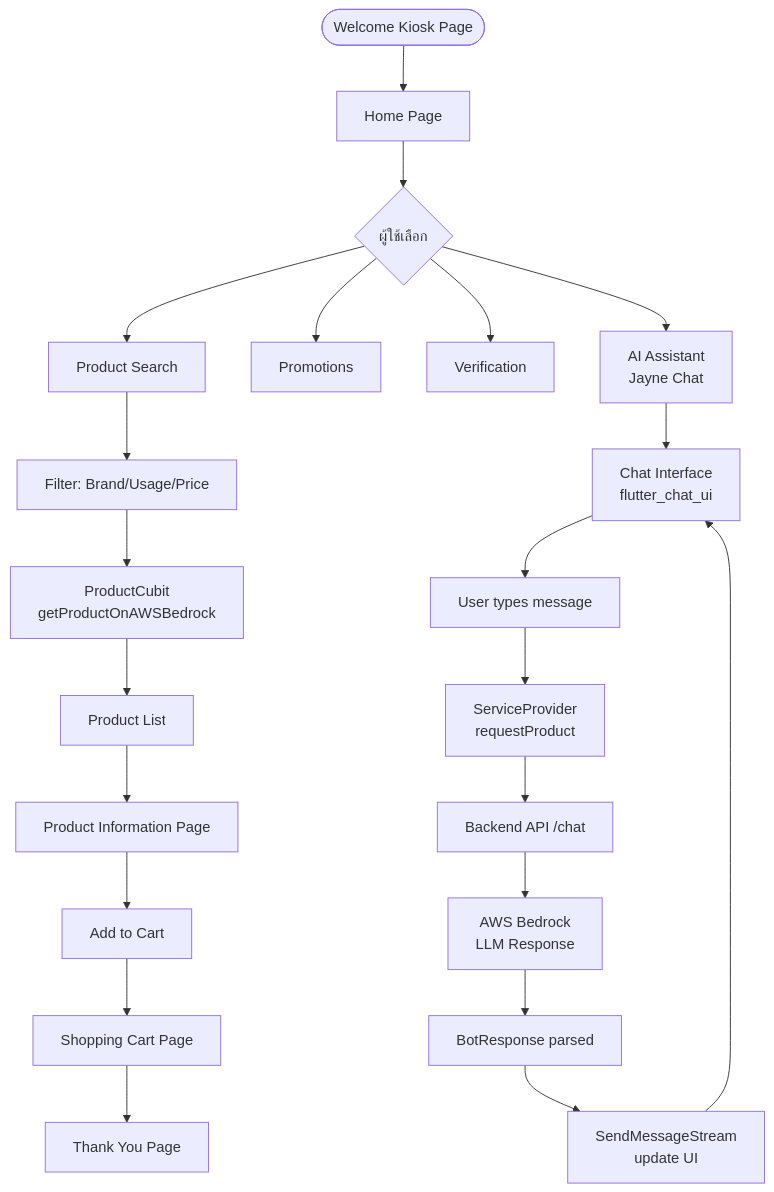
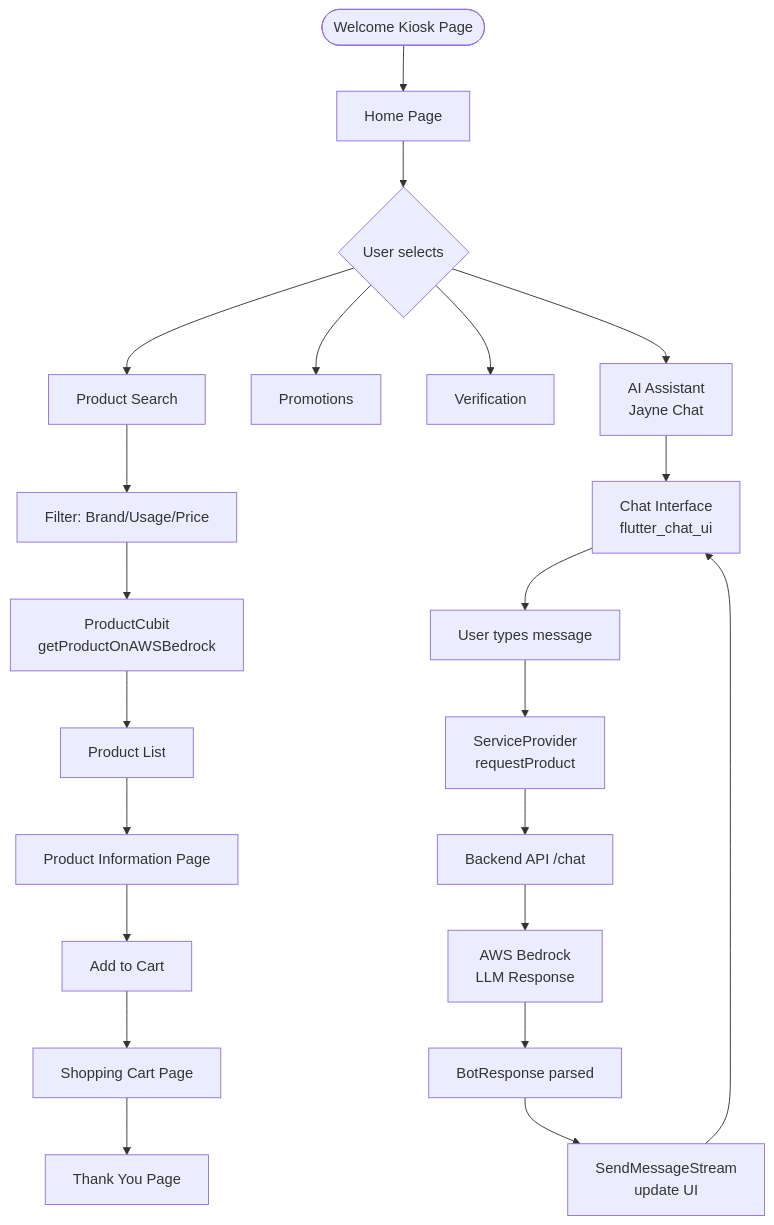
One commit to kullawattana/Jenny-GenAI-Application-V1 changed the second of 7 diagrams in README.md. Above: the diagram before and after it, drawn with Mermaid. The commit also changed other lines of this file, not shown here.

````diff
--- a/README.md
+++ b/README.md
@@ -341,26 +341,26 @@
 ```mermaid
 flowchart TD
     A([Welcome Kiosk Page]) --> B[Home Page]
-    B --> C{ผู้ใช้เลือก}
+    B --> C{User selects}
     C --> D[Product Search]
     C --> E[Promotions]
     C --> F[Verification]
     C --> G[AI Assistant\nJayne Chat]
 
     D --> D1[Filter: Brand/Usage/Price]
     D1 --> D2[ProductCubit\ngetProductOnAWSBedrock]
     D2 --> D3[Product List]
     D3 --> D4[Product Information Page]
     D4 --> D5[Add to Cart]
     D5 --> D6[Shopping Cart Page]
     D6 --> D7[Thank You Page]
 
     G --> G1[Chat Interface\nflutter_chat_ui]
     G1 --> G2[User types message]
     G2 --> G3[ServiceProvider\nrequestProduct]
     G3 --> G4[Backend API /chat]
     G4 --> G5[AWS Bedrock\nLLM Response]
     G5 --> G6[BotResponse parsed]
     G6 --> G7[SendMessageStream\nupdate UI]
     G7 --> G1
 ```
````
